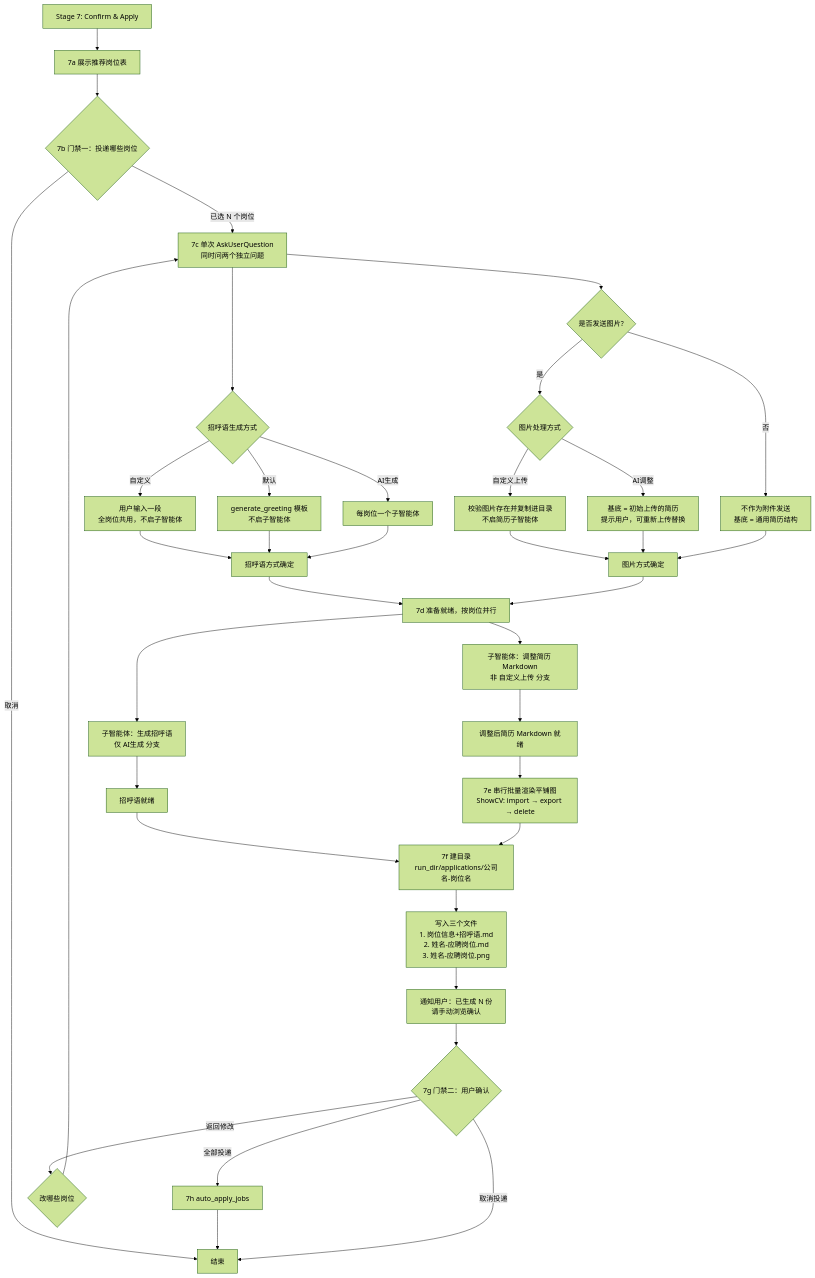
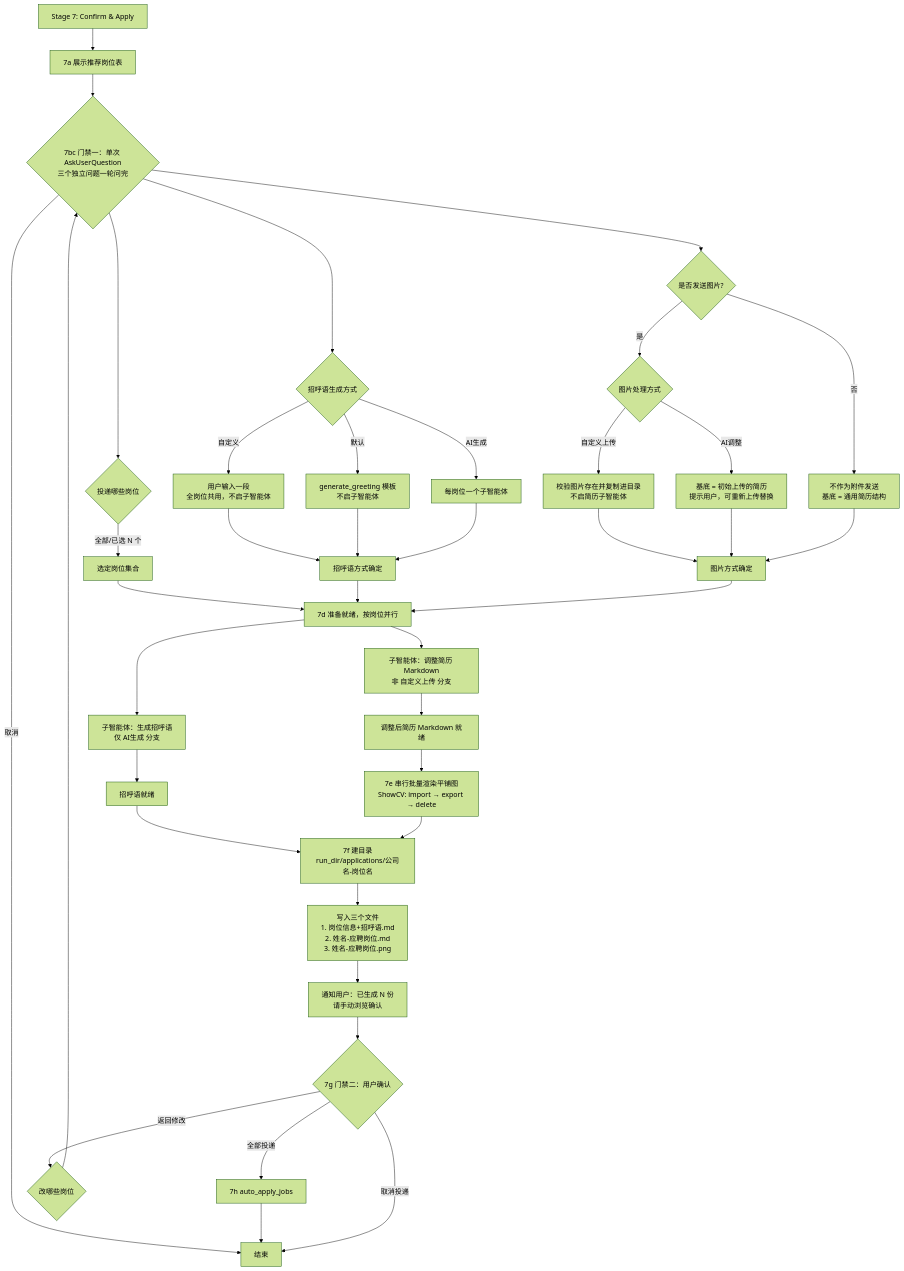
One commit to zhansan379/boss-crawler-skill changed the diagram in references/auto-apply.md. Above: the diagram before and after it, drawn with Mermaid (forest theme). The commit also changed other lines of this file and 9 other files, not shown here.

````diff
--- a/references/auto-apply.md
+++ b/references/auto-apply.md
@@ -9,42 +9,45 @@
 ```mermaid
 flowchart TD
     Start[Stage 7: Confirm & Apply] --> J1[7a 展示推荐岗位表]
-    J1 --> J2{7b 门禁一：投递哪些岗位}
-    J2 --> |取消| End[结束]
-    J2 --> |已选 N 个岗位| Q[7c 单次 AskUserQuestion<br>同时问两个独立问题]
+    J1 --> Q{7bc 门禁一：单次 AskUserQuestion<br>三个独立问题一轮问完}
+    Q --> |取消| End[结束]
+
+    Q --> Q0{投递哪些岗位}
+    Q0 --> |全部/已选 N 个| Scope[选定岗位集合]
 
     Q --> Q1{招呼语生成方式}
     Q1 --> |自定义| Opt1[用户输入一段<br>全岗位共用，不启子智能体]
     Q1 --> |默认| Opt2[generate_greeting 模板<br>不启子智能体]
     Q1 --> |AI生成| Opt3[每岗位一个子智能体]
 
     Q --> Q2{是否发送图片?}
     Q2 --> |是| Q3{图片处理方式}
     Q3 --> |自定义上传| Upload[校验图片存在并复制进目录<br>不启简历子智能体]
     Q3 --> |AI调整| AIAdjust[基底 = 初始上传的简历<br>提示用户，可重新上传替换]
     Q2 --> |否| NoPic[不作为附件发送<br>基底 = 通用简历结构]
 
     Opt1 & Opt2 & Opt3 --> GreetingReady[招呼语方式确定]
     Upload & AIAdjust & NoPic --> PicReady[图片方式确定]
 
-    GreetingReady --> Fan[7d 准备就绪，按岗位并行]
+    Scope --> Fan[7d 准备就绪，按岗位并行]
+    GreetingReady --> Fan
     PicReady --> Fan
 
     Fan --> GreetingAgent[子智能体：生成招呼语<br>仅 AI生成 分支]
     Fan --> ResumeAgent[子智能体：调整简历 Markdown<br>非 自定义上传 分支]
 
     GreetingAgent --> GreetingDone[招呼语就绪]
     ResumeAgent --> ResumeDone[调整后简历 Markdown 就绪]
 
     ResumeDone --> Render[7e 串行批量渲染平铺图<br>ShowCV: import → export → delete]
     GreetingDone & Render --> CreateDir[7f 建目录<br>run_dir/applications/公司名-岗位名]
     CreateDir --> SaveFiles[写入三个文件<br>1. 岗位信息+招呼语.md<br>2. 姓名-应聘岗位.md<br>3. 姓名-应聘岗位.png]
     SaveFiles --> Notify[通知用户：已生成 N 份<br>请手动浏览确认]
     Notify --> Confirm{7g 门禁二：用户确认}
 
     Confirm --> |全部投递| AutoApply[7h auto_apply_jobs]
     AutoApply --> End
     Confirm --> |返回修改| Which{改哪些岗位}
     Which --> Q
     Confirm --> |取消投递| End
 ```
````
